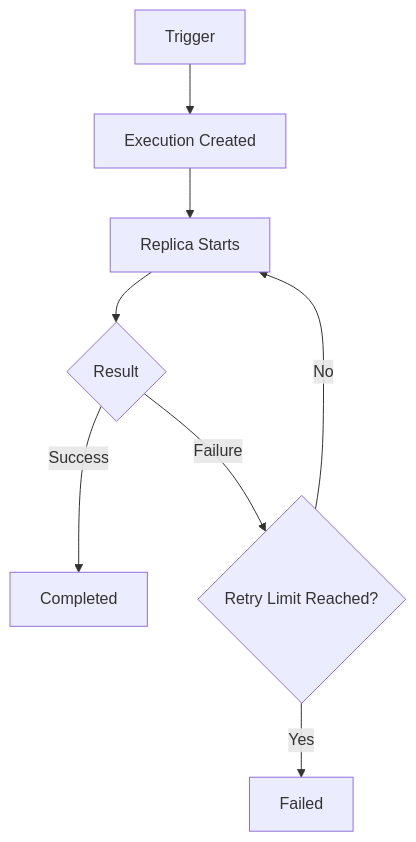
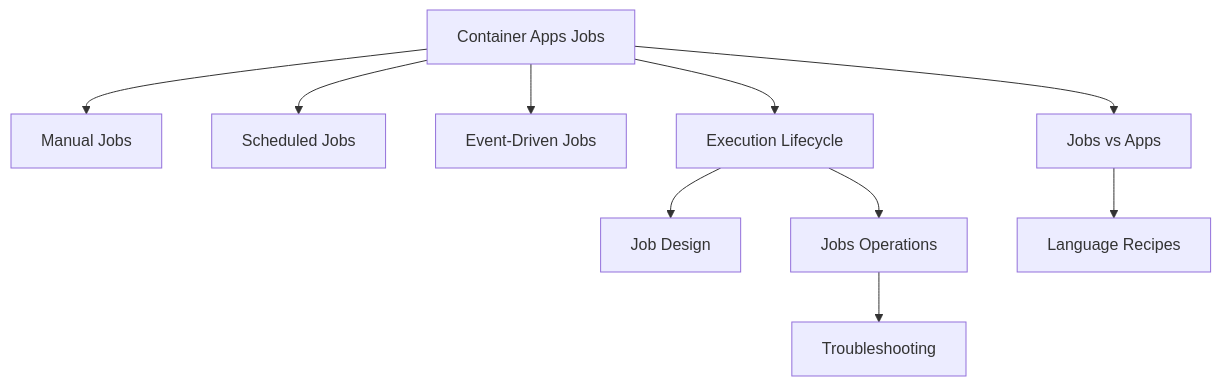
Before and after one commit to yeongseon/azure-container-apps-practical-guide: the diagram in docs/platform/jobs/index.md, drawn with Mermaid. The commit also changed other lines of this file and 16 other files, not shown here.

First line of the commit message:
docs: deepen jobs (triggers, lifecycle, ops, language recipes)

````diff
--- a/docs/platform/jobs/index.md
+++ b/docs/platform/jobs/index.md
@@ -164,10 +70,12 @@
 ```mermaid
 flowchart TD
-    A[Trigger] --> B[Execution Created]
-    B --> C[Replica Starts]
-    C --> D{Result}
-    D -->|Success| E[Completed]
-    D -->|Failure| F{Retry Limit Reached?}
-    F -->|No| C
-    F -->|Yes| G[Failed]
+    A[Container Apps Jobs] --> B[Manual Jobs]
+    A --> C[Scheduled Jobs]
+    A --> D[Event-Driven Jobs]
+    A --> E[Execution Lifecycle]
+    A --> F[Jobs vs Apps]
+    E --> G[Job Design]
+    E --> H[Jobs Operations]
+    H --> I[Troubleshooting]
+    F --> J[Language Recipes]
 ```
````
